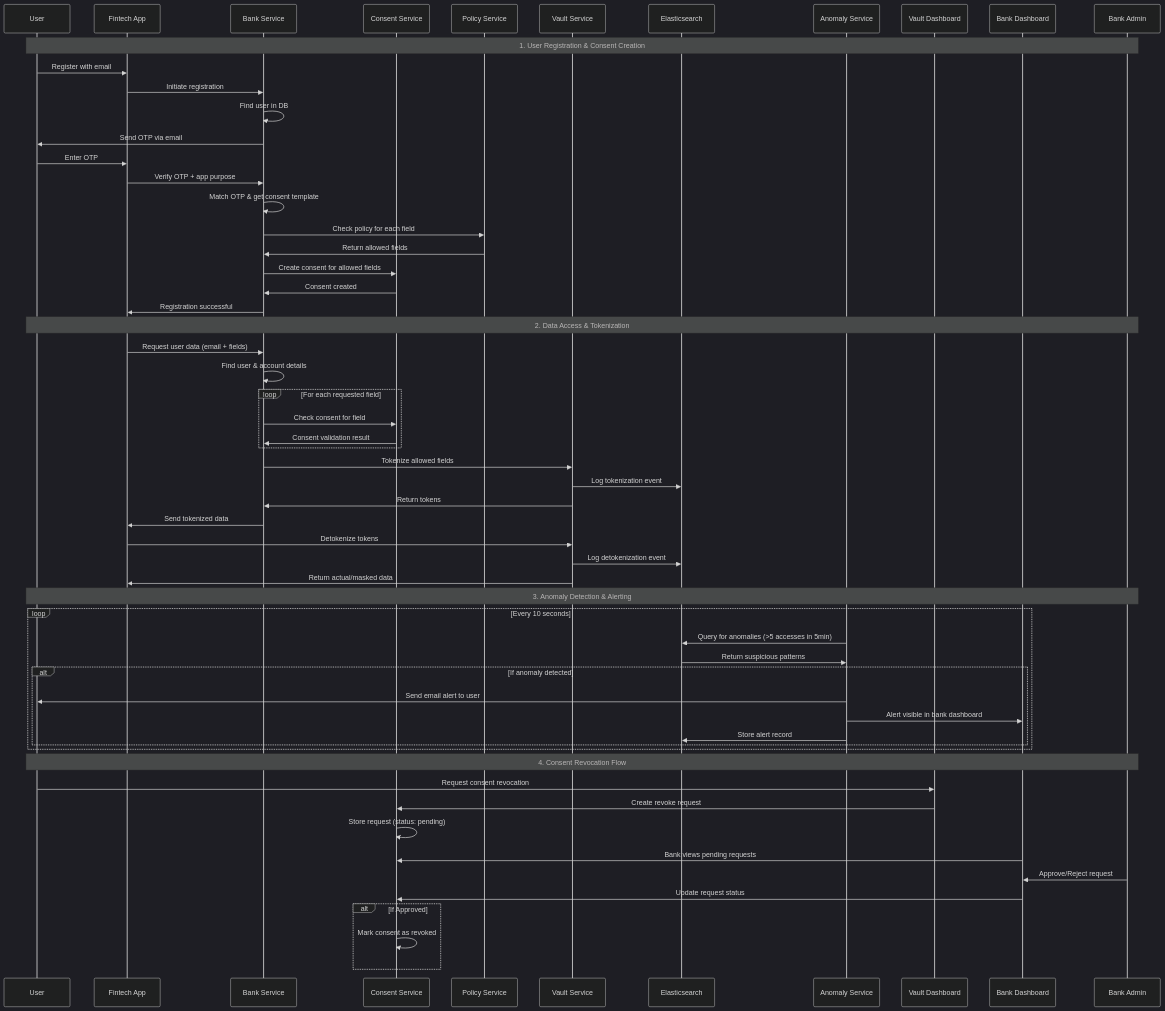
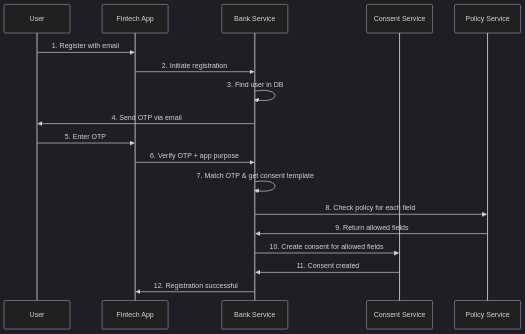
One commit to laatu08/cyberhack changed the first of 4 diagrams in README.md. Above: the diagram before and after it, drawn with Mermaid (dark theme). The commit also changed other lines of this file, not shown here.

````diff
--- a/README.md
+++ b/README.md
@@ -339,65 +339,21 @@
 ```mermaid
 sequenceDiagram
     participant U as User
     participant F as Fintech App
     participant B as Bank Service
     participant C as Consent Service
     participant P as Policy Service
-    participant V as Vault Service
-    participant E as Elasticsearch
-    participant A as Anomaly Service
-    participant VD as Vault Dashboard
-    participant BD as Bank Dashboard
-    participant BA as Bank Admin
 
-    Note over U,BA: 1. User Registration & Consent Creation
-    U->>F: Register with email
-    F->>B: Initiate registration
-    B->>B: Find user in DB
-    B->>U: Send OTP via email
-    U->>F: Enter OTP
-    F->>B: Verify OTP + app purpose
-    B->>B: Match OTP & get consent template
-    B->>P: Check policy for each field
-    P->>B: Return allowed fields
-    B->>C: Create consent for allowed fields
-    C->>B: Consent created
-    B->>F: Registration successful
-
-    Note over U,BA: 2. Data Access & Tokenization
-    F->>B: Request user data (email + fields)
-    B->>B: Find user & account details
-    loop For each requested field
-        B->>C: Check consent for field
-        C->>B: Consent validation result
-    end
-    B->>V: Tokenize allowed fields
-    V->>E: Log tokenization event
-    V->>B: Return tokens
-    B->>F: Send tokenized data
-    F->>V: Detokenize tokens
-    V->>E: Log detokenization event
-    V->>F: Return actual/masked data
-
-    Note over U,BA: 3. Anomaly Detection & Alerting
-    loop Every 10 seconds
-        A->>E: Query for anomalies (>5 accesses in 5min)
-        E->>A: Return suspicious patterns
-        alt If anomaly detected
-            A->>U: Send email alert to user
-            A->>BD: Alert visible in bank dashboard
-            A->>E: Store alert record
-        end
-    end
-
-    Note over U,BA: 4. Consent Revocation Flow
-    U->>VD: Request consent revocation
-    VD->>C: Create revoke request
-    C->>C: Store request (status: pending)
-    BD->>C: Bank views pending requests
-    BA->>BD: Approve/Reject request
-    BD->>C: Update request status
-    alt If Approved
-        C->>C: Mark consent as revoked
-    end
+    U->>F: 1. Register with email
+    F->>B: 2. Initiate registration
+    B->>B: 3. Find user in DB
+    B->>U: 4. Send OTP via email
+    U->>F: 5. Enter OTP
+    F->>B: 6. Verify OTP + app purpose
+    B->>B: 7. Match OTP & get consent template
+    B->>P: 8. Check policy for each field
+    P->>B: 9. Return allowed fields
+    B->>C: 10. Create consent for allowed fields
+    C->>B: 11. Consent created
+    B->>F: 12. Registration successful
 ```
````
